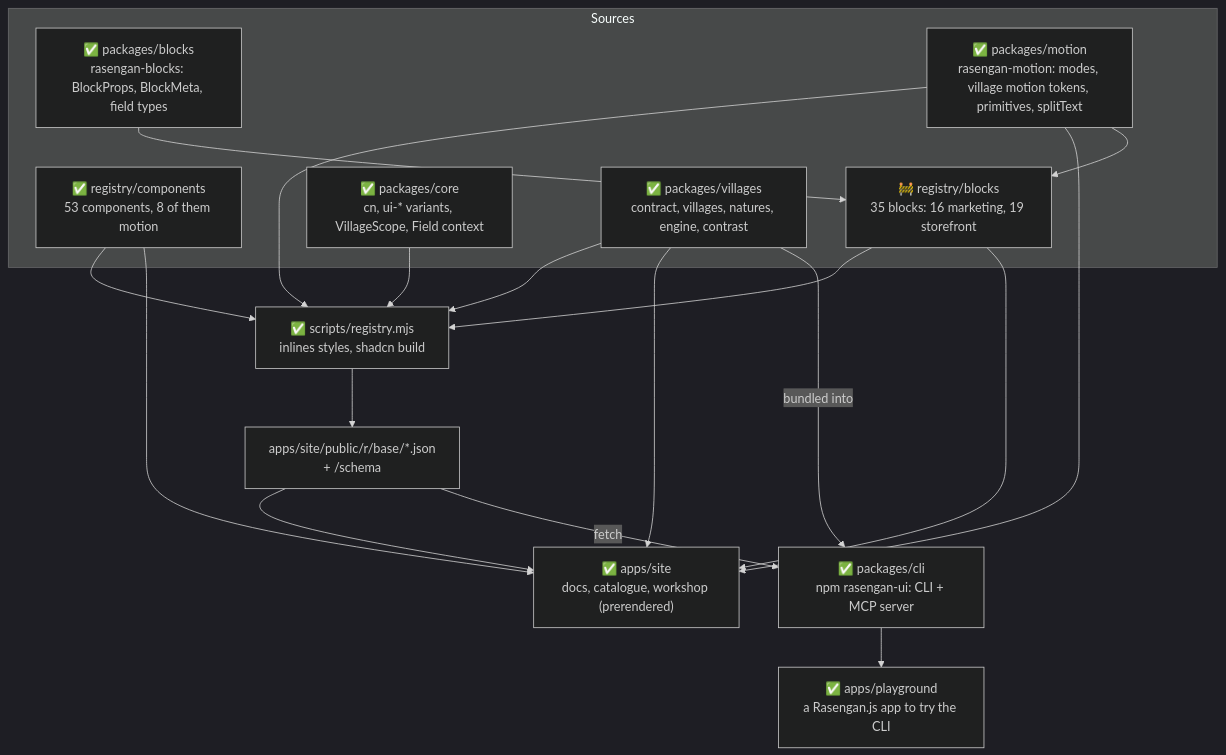
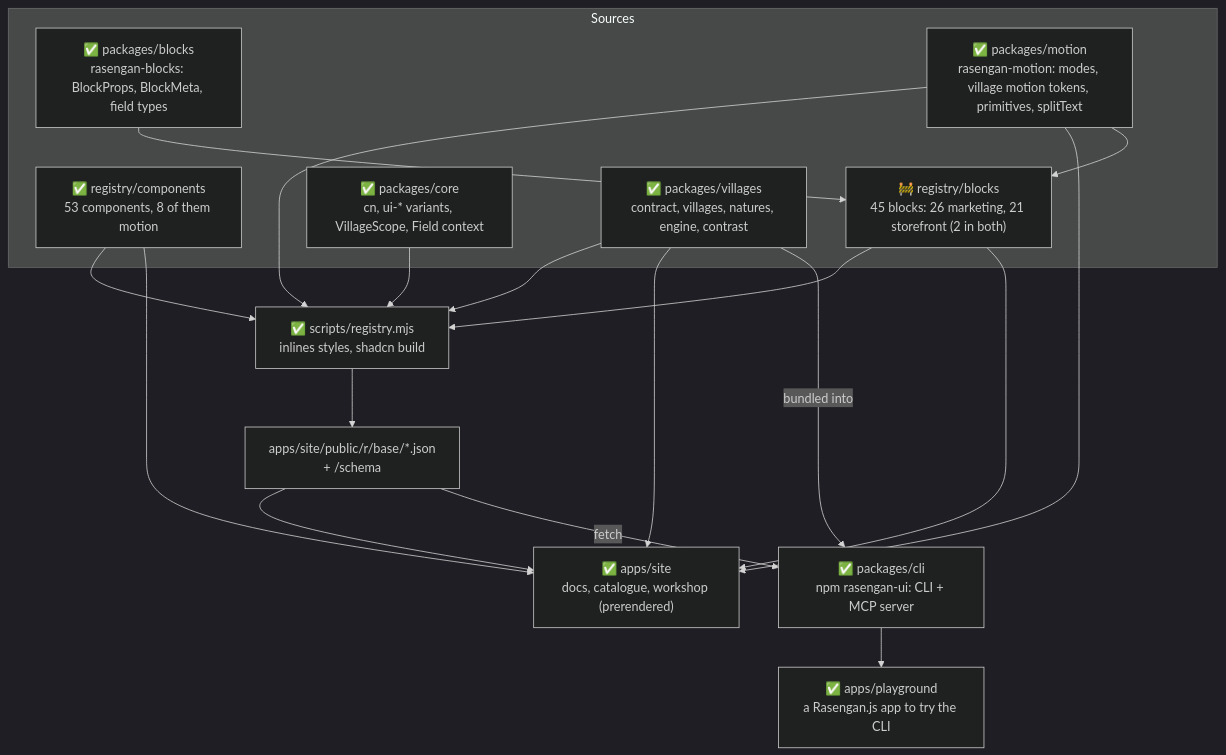
The second of 5 diagrams in docs/architecture.md (rasengan-dev/rasengan-ui), drawn with Mermaid (dark theme) before and after one commit. The commit also changed other lines of this file and 73 other files, not shown here.

First line of the commit message:
feat(blocks): RFC-0009 lot E, ten marketing blocks, two in both families

````diff
--- a/docs/architecture.md
+++ b/docs/architecture.md
@@ -41,34 +41,34 @@
 ```mermaid
 flowchart TB
   subgraph source[Sources]
     comps["✅ registry/components<br/>53 components, 8 of them motion"]
-    blocks["🚧 registry/blocks<br/>35 blocks: 16 marketing, 19 storefront"]
+    blocks["🚧 registry/blocks<br/>45 blocks: 26 marketing, 21 storefront (2 in both)"]
     blockslib["✅ packages/blocks<br/>rasengan-blocks: BlockProps, BlockMeta, field types"]
     core["✅ packages/core<br/>cn, ui-* variants, VillageScope, Field context"]
     villages["✅ packages/villages<br/>contract, villages, natures, engine, contrast"]
     motion["✅ packages/motion<br/>rasengan-motion: modes, village motion tokens, primitives, splitText"]
   end
 
   build["✅ scripts/registry.mjs<br/>inlines styles, shadcn build"]
   public["apps/site/public/r/base/*.json<br/>+ /schema"]
   site["✅ apps/site<br/>docs, catalogue, workshop (prerendered)"]
   cli["✅ packages/cli<br/>npm rasengan-ui: CLI + MCP server"]
   play["✅ apps/playground<br/>a Rasengan.js app to try the CLI"]
 
   comps --> build
   core --> build
   villages --> build
   build --> public
   public --> site
   villages --> site
   comps --> site
   public -- fetch --> cli
   villages -- bundled into --> cli
   cli --> play
   motion --> build
   motion --> site
   motion --> blocks
   blockslib --> blocks
   blocks --> build
   blocks --> site
 ```
````
